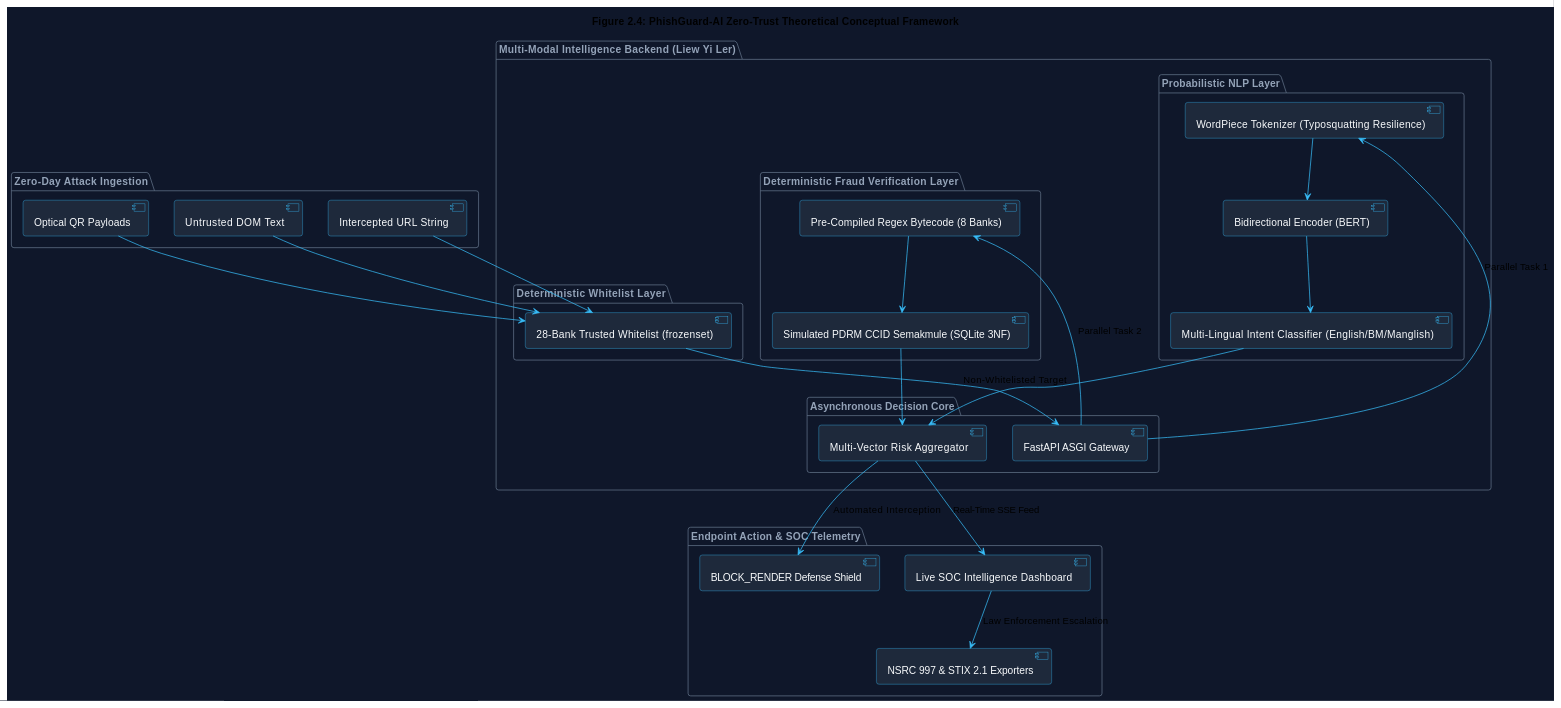
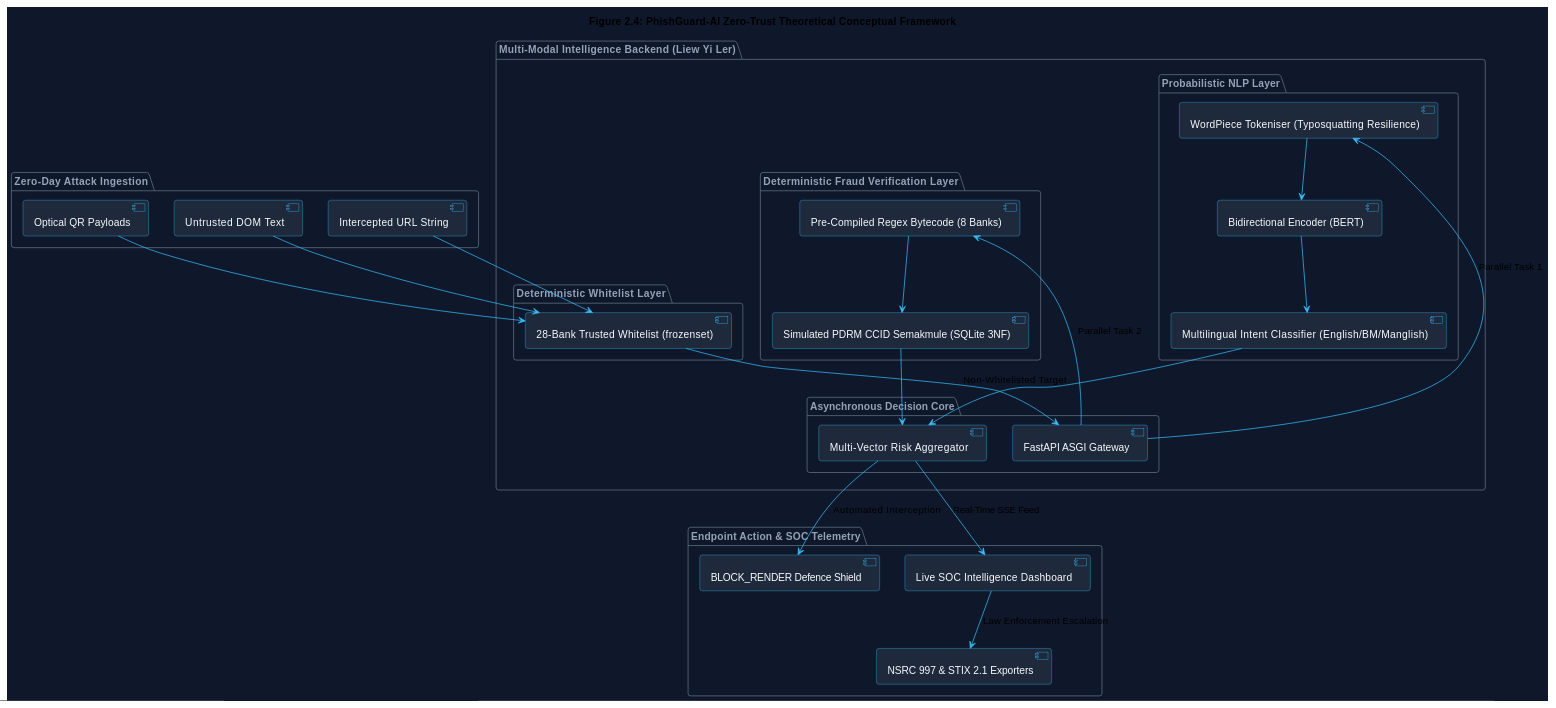
One commit to KunTheNoobie/PhishGuard-AI-Complete changed the fourth of 4 diagrams in report/Chapter_2_Literature_Review.md. Above: the diagram before and after it, drawn with PlantUML. The commit also changed other lines of this file, not shown here.

Commit message:
docs: polish Chapter 2 (Literature Review), enforce British English, verify all citations, and align with Form 5(i) marking rubric

````diff
--- a/report/Chapter_2_Literature_Review.md
+++ b/report/Chapter_2_Literature_Review.md
@@ -566,64 +566,64 @@
 ```plantuml
 @startuml Conceptual_Framework_Chapter_2
 !theme vibrant
 skinparam backgroundColor #0f172a
 skinparam ArrowColor #38bdf8
 skinparam ComponentBorderColor #38bdf8
 skinparam ComponentBackgroundColor #1e293b
 skinparam ComponentFontColor #f8fafc
 skinparam PackageBorderColor #64748b
 skinparam PackageFontColor #94a3b8
 
 title Figure 2.4: PhishGuard-AI Zero-Trust Theoretical Conceptual Framework
 
 package "Zero-Day Attack Ingestion" {
     [Untrusted DOM Text] as DOM
     [Intercepted URL String] as URL
     [Optical QR Payloads] as QR
 }
 
 package "Multi-Modal Intelligence Backend (Liew Yi Ler)" {
     package "Deterministic Whitelist Layer" {
         [28-Bank Trusted Whitelist (frozenset)] as Whitelist
     }
     
     package "Probabilistic NLP Layer" {
         [Bidirectional Encoder (BERT)] as BERT
-        [WordPiece Tokenizer (Typosquatting Resilience)] as WordPiece
-        [Multi-Lingual Intent Classifier (English/BM/Manglish)] as Intent
+        [WordPiece Tokeniser (Typosquatting Resilience)] as WordPiece
+        [Multilingual Intent Classifier (English/BM/Manglish)] as Intent
     }
     
     package "Deterministic Fraud Verification Layer" {
         [Pre-Compiled Regex Bytecode (8 Banks)] as Regex
         [Simulated PDRM CCID Semakmule (SQLite 3NF)] as Semakmule
     }
     
     package "Asynchronous Decision Core" {
         [FastAPI ASGI Gateway] as Gateway
         [Multi-Vector Risk Aggregator] as Aggregator
     }
 }
 
 package "Endpoint Action & SOC Telemetry" {
-    [BLOCK_RENDER Defense Shield] as Shield
+    [BLOCK_RENDER Defence Shield] as Shield
     [Live SOC Intelligence Dashboard] as SOC
     [NSRC 997 & STIX 2.1 Exporters] as CTI
 }
 
 DOM --> Whitelist
 URL --> Whitelist
 QR --> Whitelist
 Whitelist --> Gateway : Non-Whitelisted Target
 Gateway --> WordPiece : Parallel Task 1
 WordPiece --> BERT
 BERT --> Intent
 Gateway --> Regex : Parallel Task 2
 Regex --> Semakmule
 Intent --> Aggregator
 Semakmule --> Aggregator
 Aggregator --> Shield : Automated Interception
 Aggregator --> SOC : Real-Time SSE Feed
 SOC --> CTI : Law Enforcement Escalation
 
 @enduml
 ```
````
